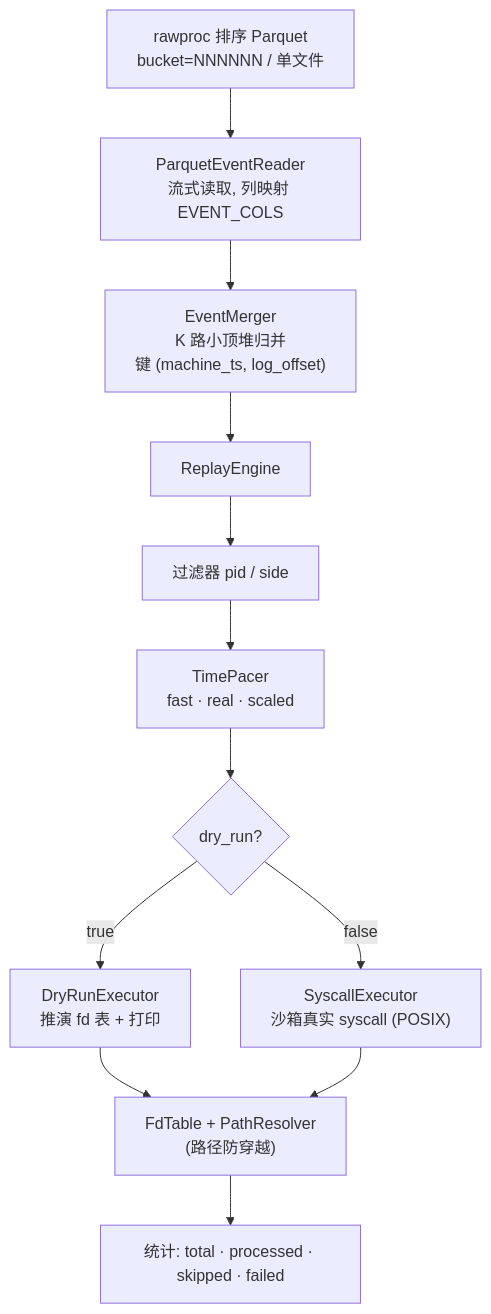
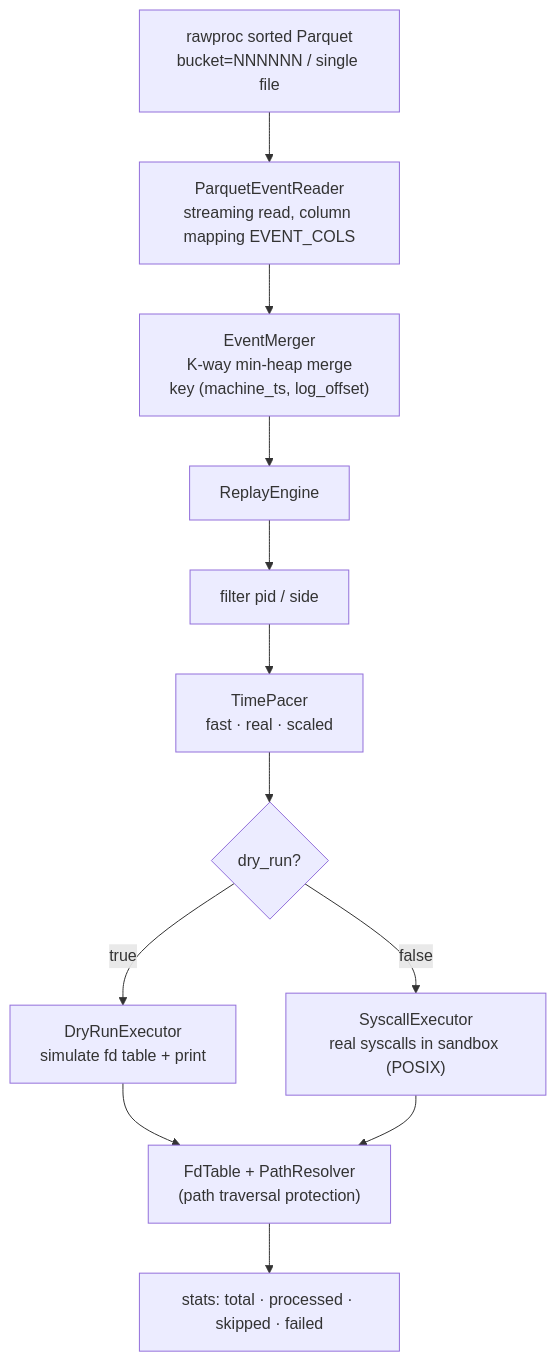
The first of 2 diagrams in docs/PROJECT_OVERVIEW.md (g122622/leofs-replay), drawn with Mermaid before and after one commit. The commit also changed other lines of this file and 35 other files, not shown here.

````diff
--- a/docs/PROJECT_OVERVIEW.md
+++ b/docs/PROJECT_OVERVIEW.md
@@ -35,14 +35,14 @@
 ```mermaid
 flowchart TD
-    A["rawproc 排序 Parquet<br/>bucket=NNNNNN / 单文件"] --> R["ParquetEventReader<br/>流式读取, 列映射 EVENT_COLS"]
-    R --> M["EventMerger<br/>K 路小顶堆归并<br/>键 (machine_ts, log_offset)"]
+    A["rawproc sorted Parquet<br/>bucket=NNNNNN / single file"] --> R["ParquetEventReader<br/>streaming read, column mapping EVENT_COLS"]
+    R --> M["EventMerger<br/>K-way min-heap merge<br/>key (machine_ts, log_offset)"]
     M --> E["ReplayEngine"]
-    E --> F["过滤器 pid / side"]
+    E --> F["filter pid / side"]
     F --> P["TimePacer<br/>fast · real · scaled"]
     P --> X{"dry_run?"}
-    X -->|true| D["DryRunExecutor<br/>推演 fd 表 + 打印"]
-    X -->|false| S["SyscallExecutor<br/>沙箱真实 syscall (POSIX)"]
-    D --> M1["FdTable + PathResolver<br/>(路径防穿越)"]
+    X -->|true| D["DryRunExecutor<br/>simulate fd table + print"]
+    X -->|false| S["SyscallExecutor<br/>real syscalls in sandbox (POSIX)"]
+    D --> M1["FdTable + PathResolver<br/>(path traversal protection)"]
     S --> M1
-    M1 --> OUT["统计: total · processed · skipped · failed"]
+    M1 --> OUT["stats: total · processed · skipped · failed"]
 ```
````
